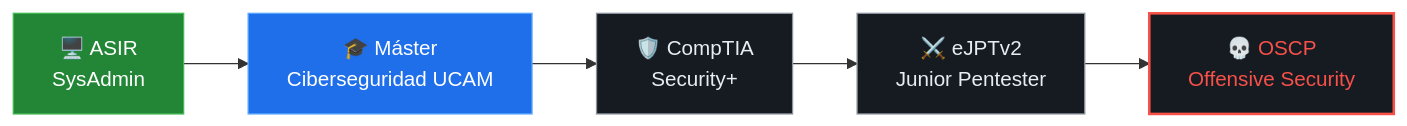
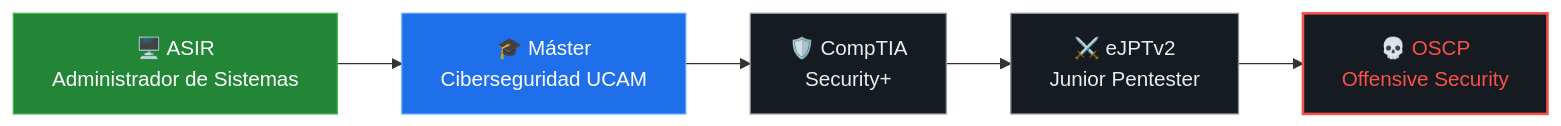
Before and after one commit to p3drosec/p3drosec: the diagram in README.md, drawn with Mermaid. The commit also changed other lines of this file and 1 other file, not shown here.

First line of the commit message:
Perfil en español: rol de administrador de sistemas y formación

````diff
--- a/README.md
+++ b/README.md
@@ -84,12 +86,12 @@
 ```mermaid
 flowchart LR
-    A["🖥️ ASIR<br/>SysAdmin"]:::done --> B["🎓 Máster<br/>Ciberseguridad UCAM"]:::now
+    A["🖥️ ASIR<br/>Administrador de Sistemas"]:::done --> B["🎓 Máster<br/>Ciberseguridad UCAM"]:::now
     B --> C["🛡️ CompTIA<br/>Security+"]:::next
     C --> D["⚔️ eJPTv2<br/>Junior Pentester"]:::next
     D --> E["💀 OSCP<br/>Offensive Security"]:::goal
 
     classDef done fill:#238636,stroke:#3fb950,color:#ffffff
     classDef now  fill:#1f6feb,stroke:#58a6ff,color:#ffffff
     classDef next fill:#161b22,stroke:#8b949e,color:#e6edf3
     classDef goal fill:#161b22,stroke:#f85149,color:#f85149,stroke-width:2px
 ```
````
